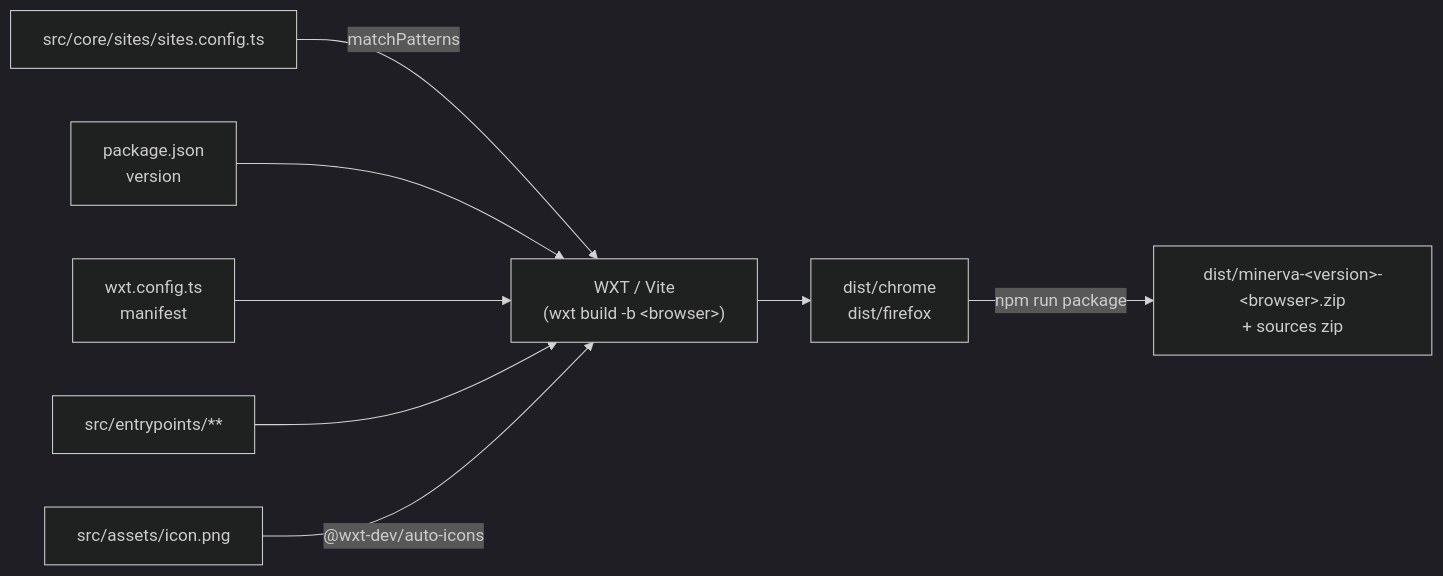
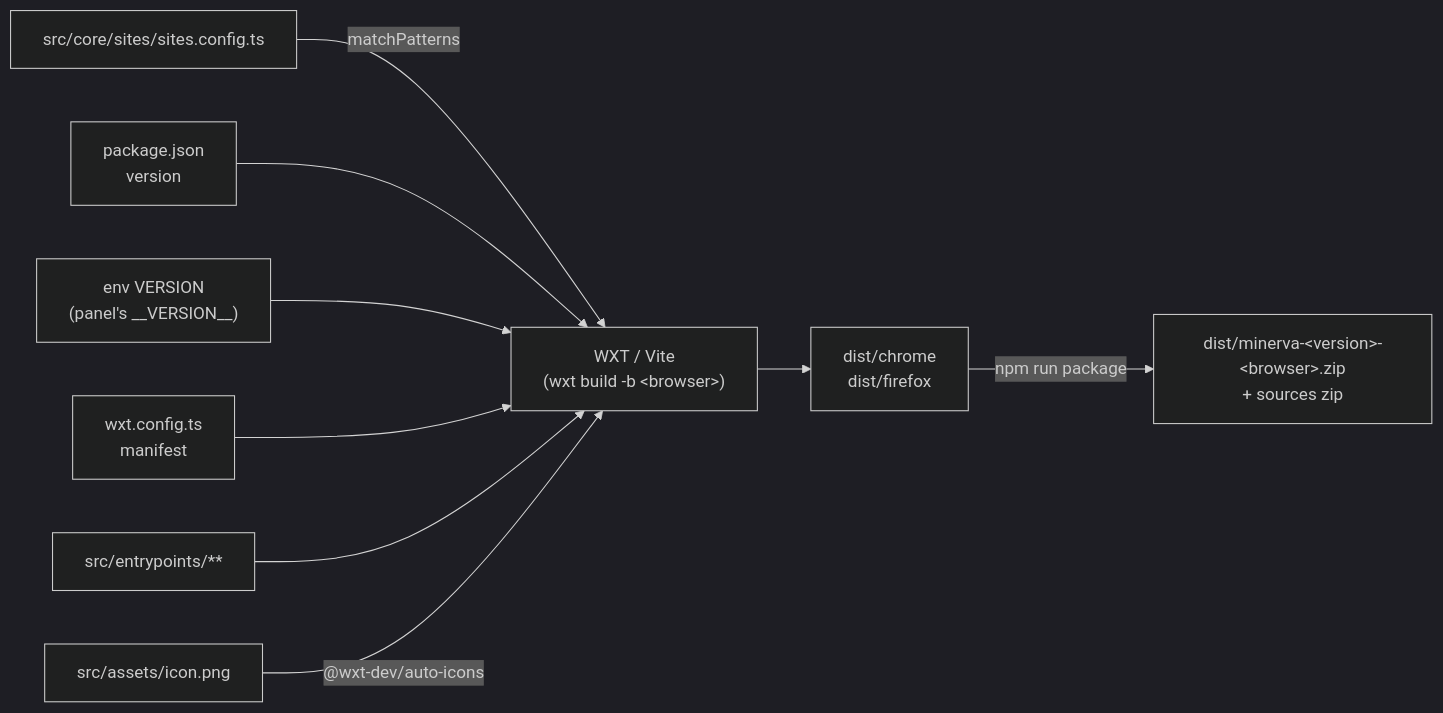
One commit to radyak/minerva-browserplugin changed the eighth of 8 diagrams in docs/architecture.md. Above: the diagram before and after it, drawn with Mermaid (dark theme). The commit also changed other lines of this file and 9 other files, not shown here.

````diff
--- a/docs/architecture.md
+++ b/docs/architecture.md
@@ -356,10 +356,11 @@
 ```mermaid
 flowchart LR
   sites["src/core/sites/sites.config.ts"] -->|matchPatterns| build["WXT / Vite<br/>(wxt build -b #lt;browser#gt;)"]
   pkg["package.json<br/>version"] --> build
+  env["env VERSION<br/>(panel's __VERSION__)"] --> build
   cfg["wxt.config.ts<br/>manifest"] --> build
   entry["src/entrypoints/**"] --> build
   icon["src/assets/icon.png"] -->|"@wxt-dev/auto-icons"| build
   build --> dist["dist/chrome<br/>dist/firefox"]
   dist -->|npm run package| zip["dist/minerva-#lt;version#gt;-#lt;browser#gt;.zip<br/>+ sources zip"]
 ```
````
